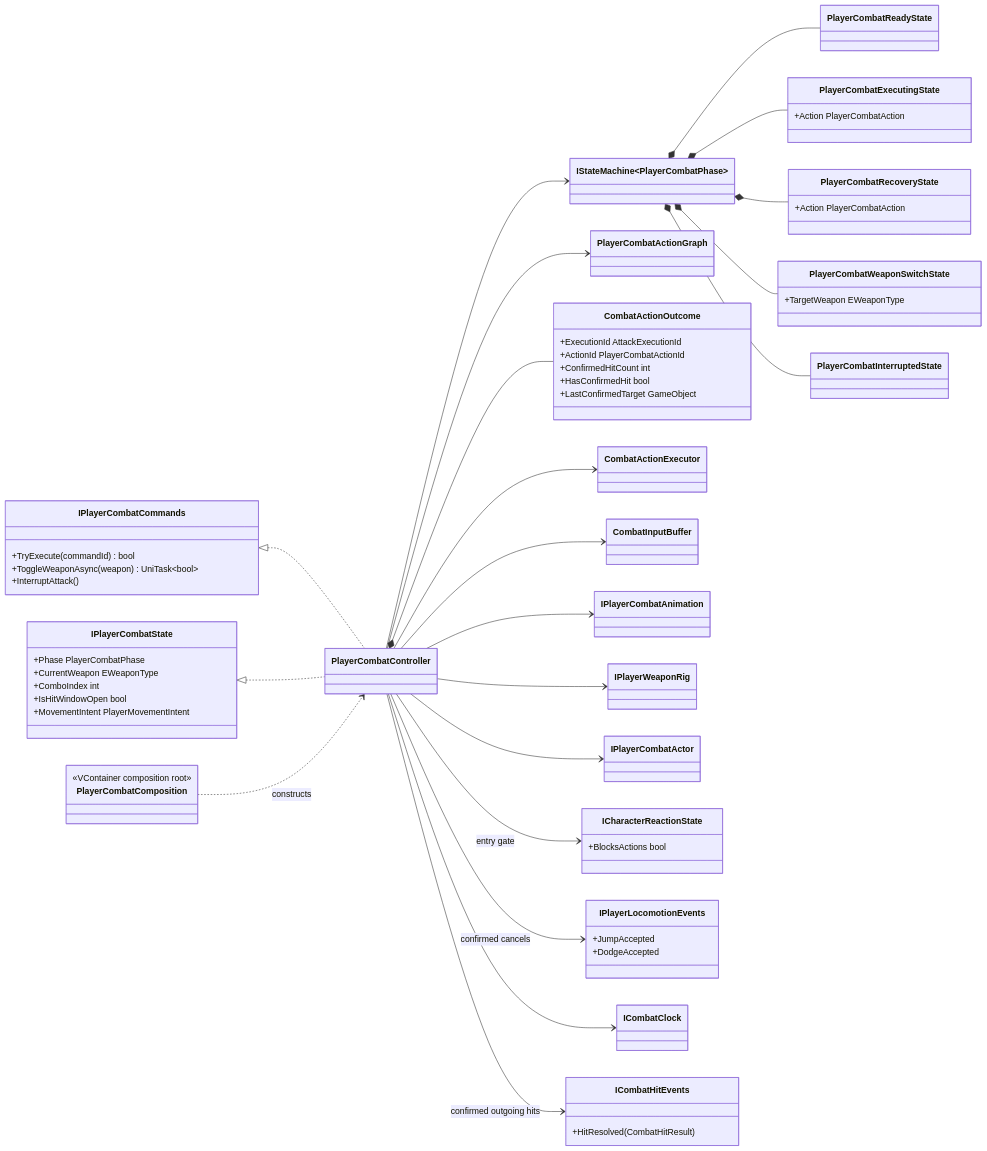
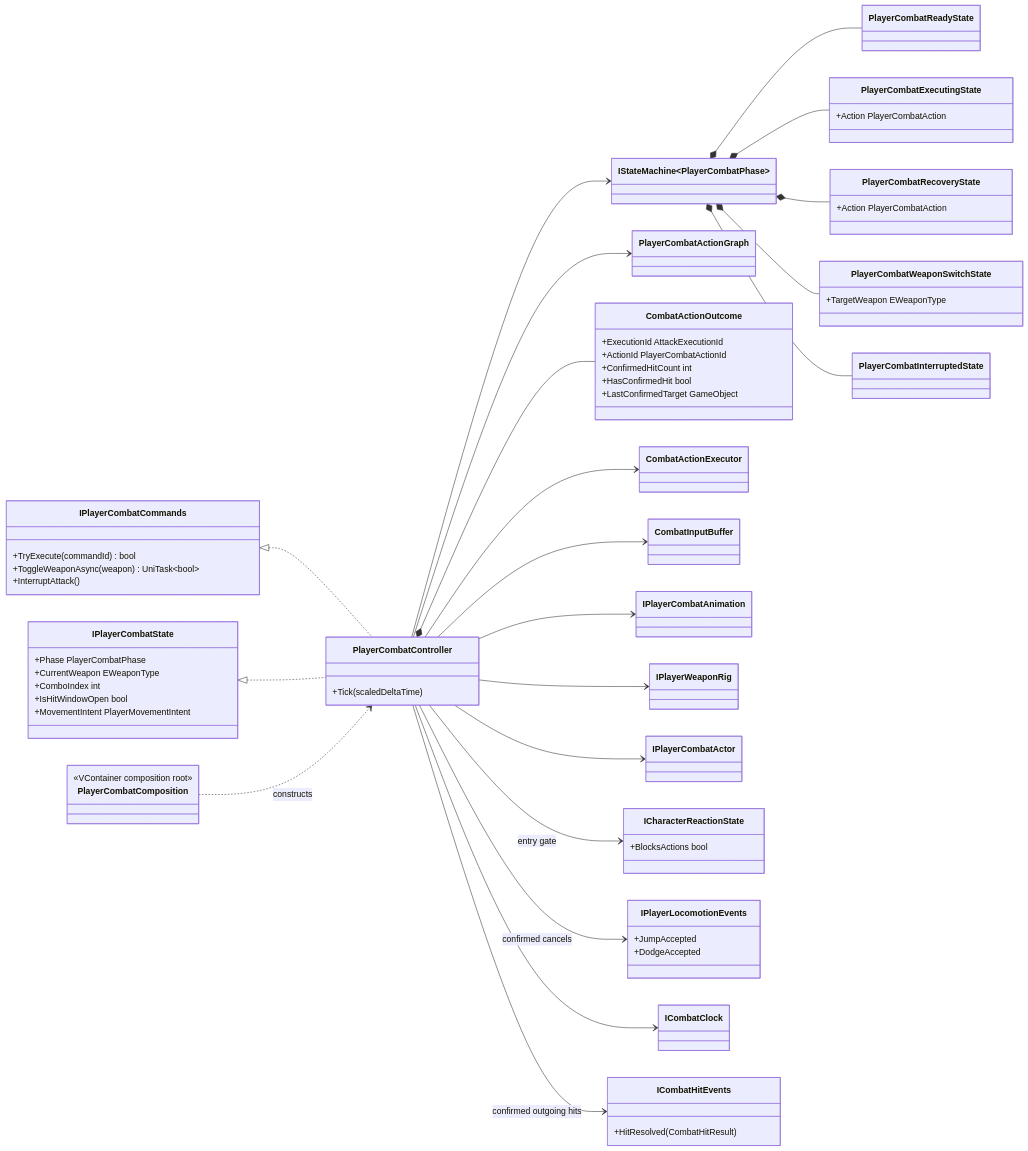
Before and after one commit to MaximFonariuc/project-s: the first of 3 diagrams in Docs/Architecture/Player.Combat.md, drawn with Mermaid. The commit also changed other lines of this file and 10 other files, not shown here.

Commit message:
refactor(combat): drive timeline from gameplay tick

````diff
--- a/Docs/Architecture/Player.Combat.md
+++ b/Docs/Architecture/Player.Combat.md
@@ -90,78 +90,80 @@
 ```mermaid
 classDiagram
     direction LR
 
     class IPlayerCombatCommands {
         +TryExecute(commandId) bool
         +ToggleWeaponAsync(weapon) UniTask~bool~
         +InterruptAttack()
     }
     class IPlayerCombatState {
         +Phase PlayerCombatPhase
         +CurrentWeapon EWeaponType
         +ComboIndex int
         +IsHitWindowOpen bool
         +MovementIntent PlayerMovementIntent
     }
-    class PlayerCombatController
+    class PlayerCombatController {
+        +Tick(scaledDeltaTime)
+    }
     class IStateMachine~PlayerCombatPhase~
     class PlayerCombatReadyState
     class PlayerCombatExecutingState {
         +Action PlayerCombatAction
     }
     class PlayerCombatRecoveryState {
         +Action PlayerCombatAction
     }
     class PlayerCombatWeaponSwitchState {
         +TargetWeapon EWeaponType
     }
     class PlayerCombatInterruptedState
     class PlayerCombatActionGraph
     class CombatActionOutcome {
         +ExecutionId AttackExecutionId
         +ActionId PlayerCombatActionId
         +ConfirmedHitCount int
         +HasConfirmedHit bool
         +LastConfirmedTarget GameObject
     }
     class CombatActionExecutor
     class CombatInputBuffer
     class IPlayerCombatAnimation
     class IPlayerWeaponRig
     class IPlayerCombatActor
     class ICharacterReactionState {
         +BlocksActions bool
     }
     class IPlayerLocomotionEvents {
         +JumpAccepted
         +DodgeAccepted
     }
     class ICombatClock
     class ICombatHitEvents {
         +HitResolved(CombatHitResult)
     }
     class PlayerCombatComposition {
         <<VContainer composition root>>
     }
 
     IPlayerCombatCommands <|.. PlayerCombatController
     IPlayerCombatState <|.. PlayerCombatController
     PlayerCombatController --> IStateMachine~PlayerCombatPhase~
     PlayerCombatController --> PlayerCombatActionGraph
     PlayerCombatController *-- CombatActionOutcome
     PlayerCombatController --> ICombatHitEvents : confirmed outgoing hits
     PlayerCombatController --> CombatActionExecutor
     PlayerCombatController --> CombatInputBuffer
     PlayerCombatController --> IPlayerCombatAnimation
     PlayerCombatController --> IPlayerWeaponRig
     PlayerCombatController --> IPlayerCombatActor
     PlayerCombatController --> ICharacterReactionState : entry gate
     PlayerCombatController --> IPlayerLocomotionEvents : confirmed cancels
     PlayerCombatController --> ICombatClock
     IStateMachine~PlayerCombatPhase~ *-- PlayerCombatReadyState
     IStateMachine~PlayerCombatPhase~ *-- PlayerCombatExecutingState
     IStateMachine~PlayerCombatPhase~ *-- PlayerCombatRecoveryState
     IStateMachine~PlayerCombatPhase~ *-- PlayerCombatWeaponSwitchState
     IStateMachine~PlayerCombatPhase~ *-- PlayerCombatInterruptedState
     PlayerCombatComposition ..> PlayerCombatController : constructs
 ```
````
